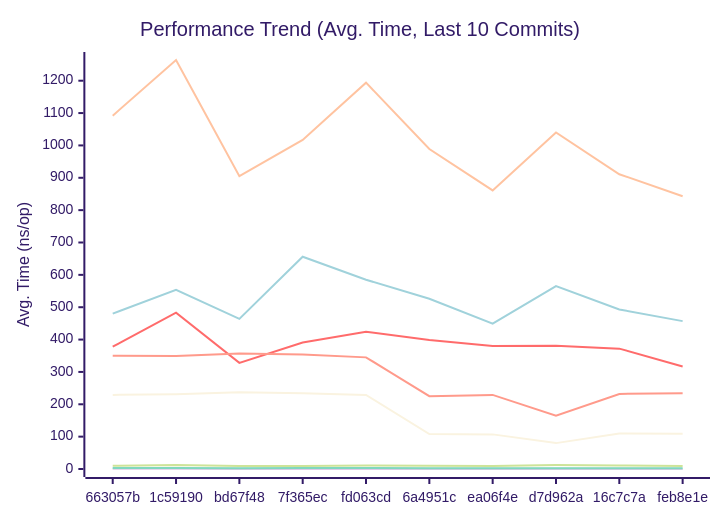
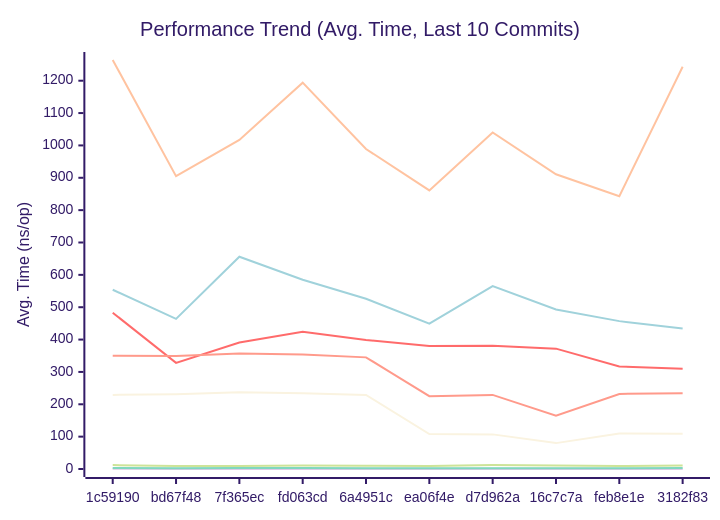
The first of 3 diagrams in docs/PERFORMANCE.md (alsotoes/momo), drawn with Mermaid (forest theme) before and after one commit. The commit also changed other lines of this file and 3 other files, not shown here.

````diff
--- a/docs/PERFORMANCE.md
+++ b/docs/PERFORMANCE.md
@@ -80,16 +80,16 @@
 ```mermaid
 xychart-beta
     title "Performance Trend (Avg. Time, Last 10 Commits)"
     x-axis "Commit"
     y-axis "Avg. Time (ns/op)"
-    x-axis [663057b,1c59190,bd67f48,7f365ec,fd063cd,6a4951c,ea06f4e,d7d962a,16c7c7a,feb8e1e]
-    line "CheckMetricsAndSwap" [10,12,9,9,11,10,9,12,11,9]
-    line "CrushOptimized" [378,483,328,391,424,399,380,381,372,317]
-    line "CrushOriginal" [480,554,464,656,585,526,449,565,493,457]
-    line "IndexDirectTracking" [1,1,0,0,0,0,0,0,0,0]
+    x-axis [1c59190,bd67f48,7f365ec,fd063cd,6a4951c,ea06f4e,d7d962a,16c7c7a,feb8e1e,3182f83]
+    line "CheckMetricsAndSwap" [12,9,9,11,10,9,12,11,9,11]
+    line "CrushOptimized" [483,328,391,424,399,380,381,372,317,310]
+    line "CrushOriginal" [554,464,656,585,526,449,565,493,457,434]
+    line "IndexDirectTracking" [1,0,0,0,0,0,0,0,0,0]
     line "IndexSearch" [2,2,2,2,2,2,2,2,2,2]
-    line "LoadGlobalConfig" [1092,1264,905,1017,1194,989,861,1040,911,843]
-    line "PadString" [3,3,2,3,3,2,2,2,2,2]
+    line "LoadGlobalConfig" [1264,905,1017,1194,989,861,1040,911,843,1243]
+    line "PadString" [3,2,3,3,2,2,2,2,2,3]
     line "ParseReplicationOrder_NoPrealloc" [350,349,357,354,345,225,229,165,232,234]
     line "ParseReplicationOrder_Prealloc" [229,231,237,234,229,108,107,80,110,109]
 ```
````
